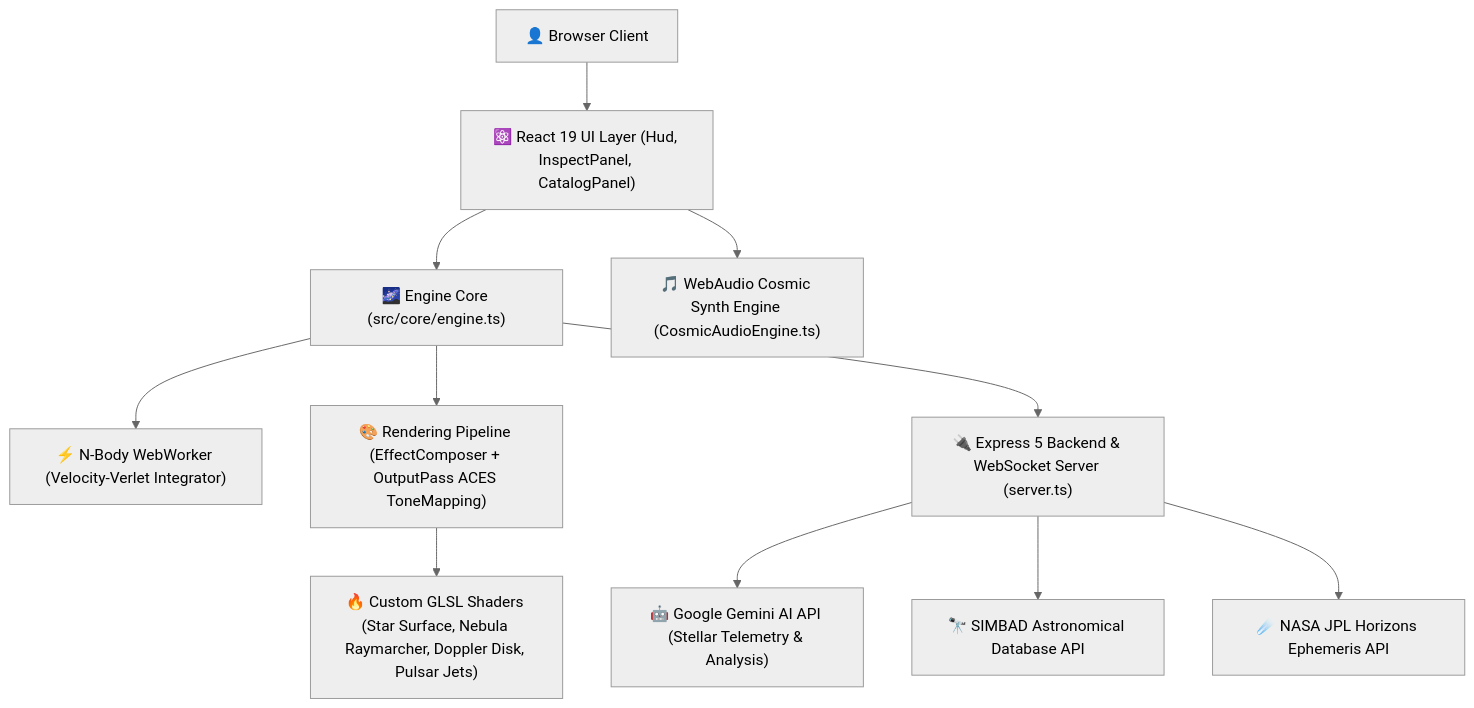
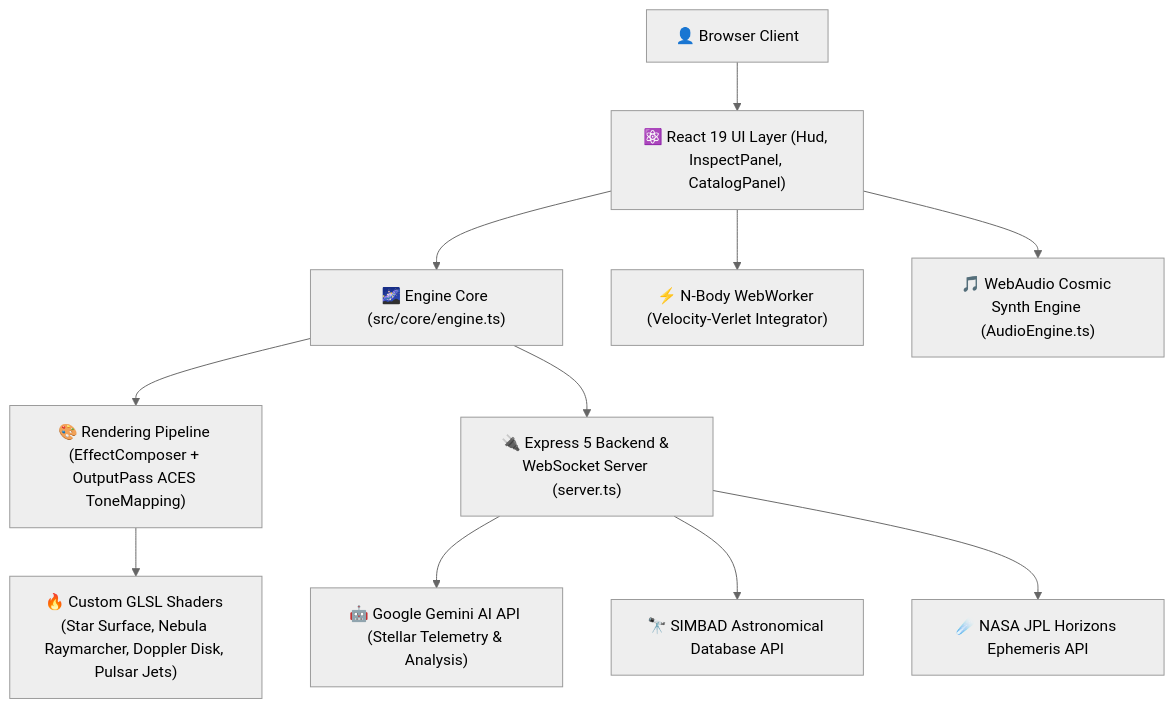
The diagram in README.md (drewdroid86/aethergenesis), drawn with Mermaid (neutral theme) before and after one commit. The commit also changed other lines of this file and 19 other files, not shown here.

````diff
--- a/README.md
+++ b/README.md
@@ -34,13 +34,13 @@
 ```mermaid
 graph TD
     User["👤 Browser Client"] --> UI["⚛️ React 19 UI Layer (Hud, InspectPanel, CatalogPanel)"]
     UI --> Engine["🌌 Engine Core (src/core/engine.ts)"]
-    Engine --> Worker["⚡ N-Body WebWorker (Velocity-Verlet Integrator)"]
+    UI --> Worker["⚡ N-Body WebWorker (Velocity-Verlet Integrator)"]
     Engine --> Render["🎨 Rendering Pipeline (EffectComposer + OutputPass ACES ToneMapping)"]
     Render --> Shaders["🔥 Custom GLSL Shaders (Star Surface, Nebula Raymarcher, Doppler Disk, Pulsar Jets)"]
-    UI --> Audio["🎵 WebAudio Cosmic Synth Engine (CosmicAudioEngine.ts)"]
+    UI --> Audio["🎵 WebAudio Cosmic Synth Engine (AudioEngine.ts)"]
     Engine --> Server["🔌 Express 5 Backend & WebSocket Server (server.ts)"]
     Server --> Gemini["🤖 Google Gemini AI API (Stellar Telemetry & Analysis)"]
     Server --> SIMBAD["🔭 SIMBAD Astronomical Database API"]
     Server --> Horizons["☄️ NASA JPL Horizons Ephemeris API"]
 ```
````
